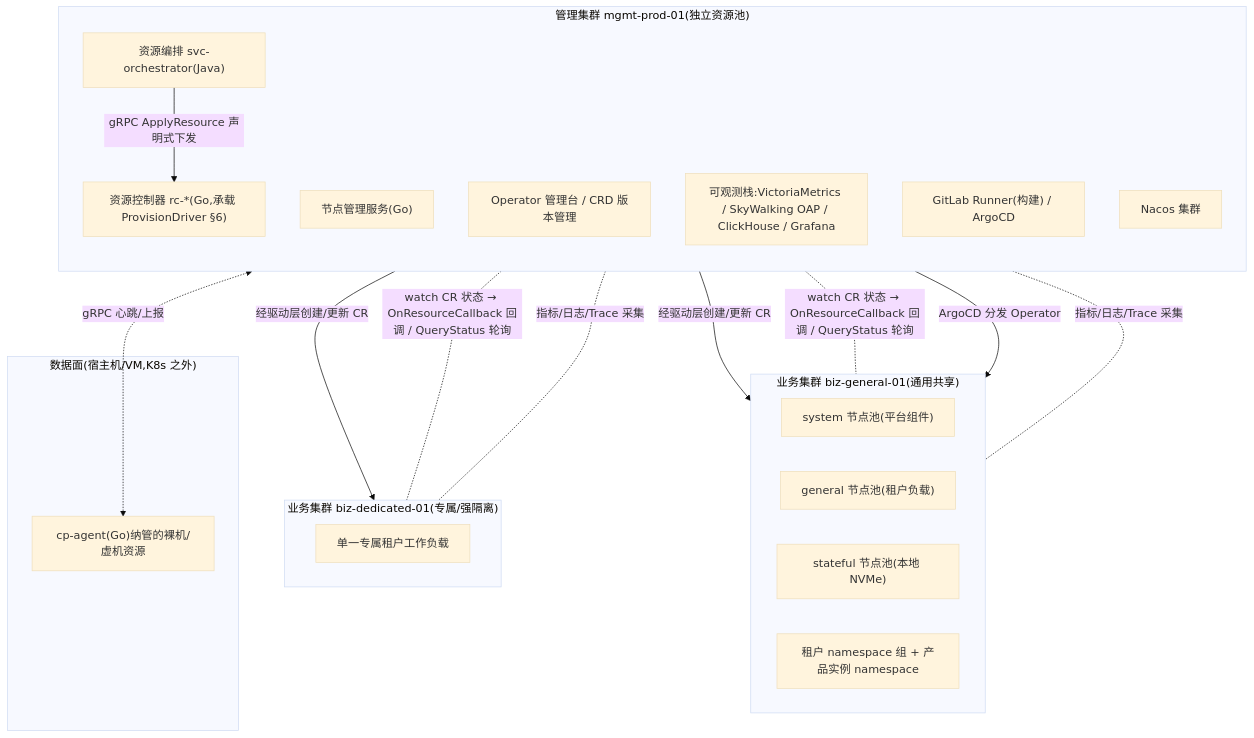
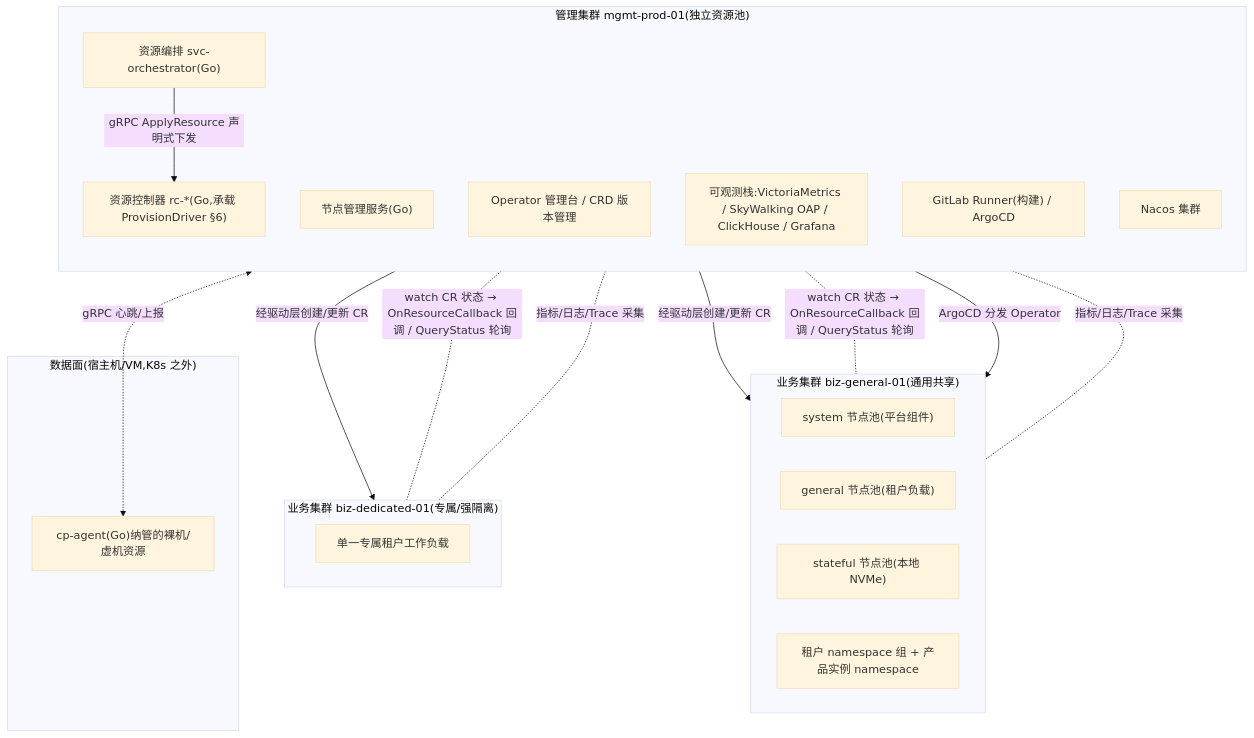
The first of 9 diagrams in docs/architecture/06-kubernetes-productization.md (qifalab/euler-platform), drawn with Mermaid (base theme) before and after one commit. The commit also changed other lines of this file and 318 other files, not shown here.

````diff
--- a/docs/architecture/06-kubernetes-productization.md
+++ b/docs/architecture/06-kubernetes-productization.md
@@ -56,38 +56,38 @@
 ```mermaid
 flowchart TB
     subgraph MGMT["管理集群 mgmt-prod-01(独立资源池)"]
         direction TB
-        ORC["资源编排 svc-orchestrator(Java)"]
+        ORC["资源编排 svc-orchestrator(Go)"]
         RCCTL["资源控制器 rc-*(Go,承载 ProvisionDriver §6)"]
         NODESVC["节点管理服务(Go)"]
         HUB["Operator 管理台 / CRD 版本管理"]
         OBS["可观测栈:VictoriaMetrics / SkyWalking OAP / ClickHouse / Grafana"]
         CICD["GitLab Runner(构建) / ArgoCD"]
         NACOS["Nacos 集群"]
     end
 
     subgraph BIZ1["业务集群 biz-general-01(通用共享)"]
         NP1["system 节点池(平台组件)"]
         NP2["general 节点池(租户负载)"]
         NP3["stateful 节点池(本地 NVMe)"]
         NS1["租户 namespace 组 + 产品实例 namespace"]
     end
 
     subgraph BIZ2["业务集群 biz-dedicated-01(专属/强隔离)"]
         NS2["单一专属租户工作负载"]
     end
 
     subgraph EDGE["数据面(宿主机/VM,K8s 之外)"]
         AGT["cp-agent(Go)纳管的裸机/虚机资源"]
     end
 
     ORC -- "gRPC ApplyResource 声明式下发" --> RCCTL
     RCCTL -- "经驱动层创建/更新 CR" --> BIZ1
     RCCTL -- "经驱动层创建/更新 CR" --> BIZ2
     RCCTL -. "watch CR 状态 → OnResourceCallback 回调 / QueryStatus 轮询" .- BIZ1
     RCCTL -. "watch CR 状态 → OnResourceCallback 回调 / QueryStatus 轮询" .- BIZ2
     HUB -- "ArgoCD 分发 Operator" --> BIZ1
     OBS -. "指标/日志/Trace 采集" .- BIZ1
     OBS -. "指标/日志/Trace 采集" .- BIZ2
     NODESVC <-. "gRPC 心跳/上报" .-> AGT
 ```
````
